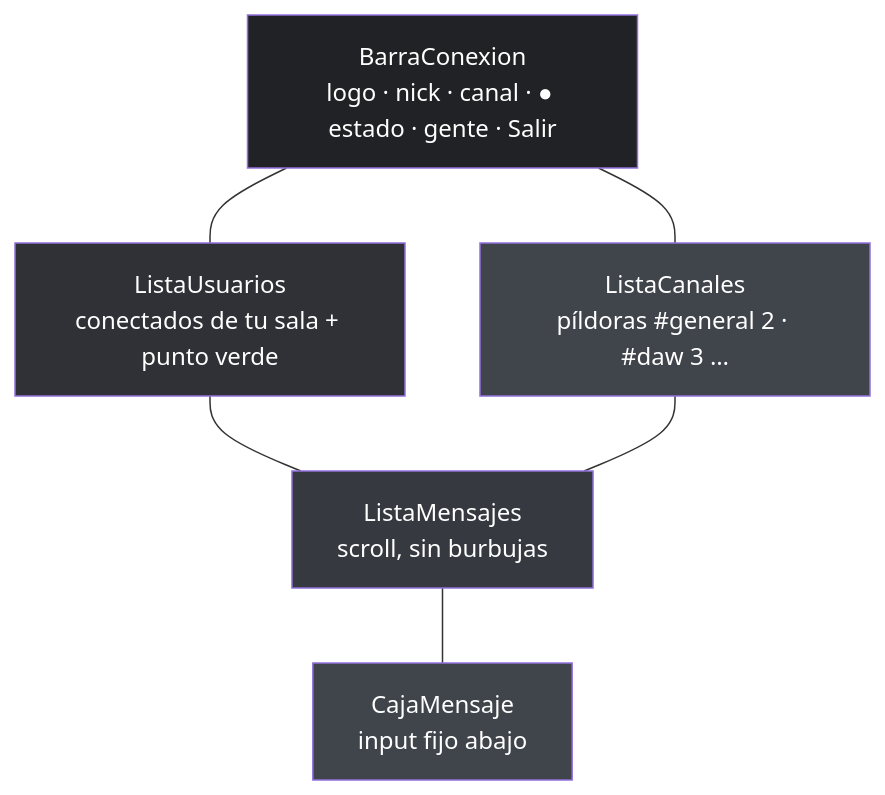
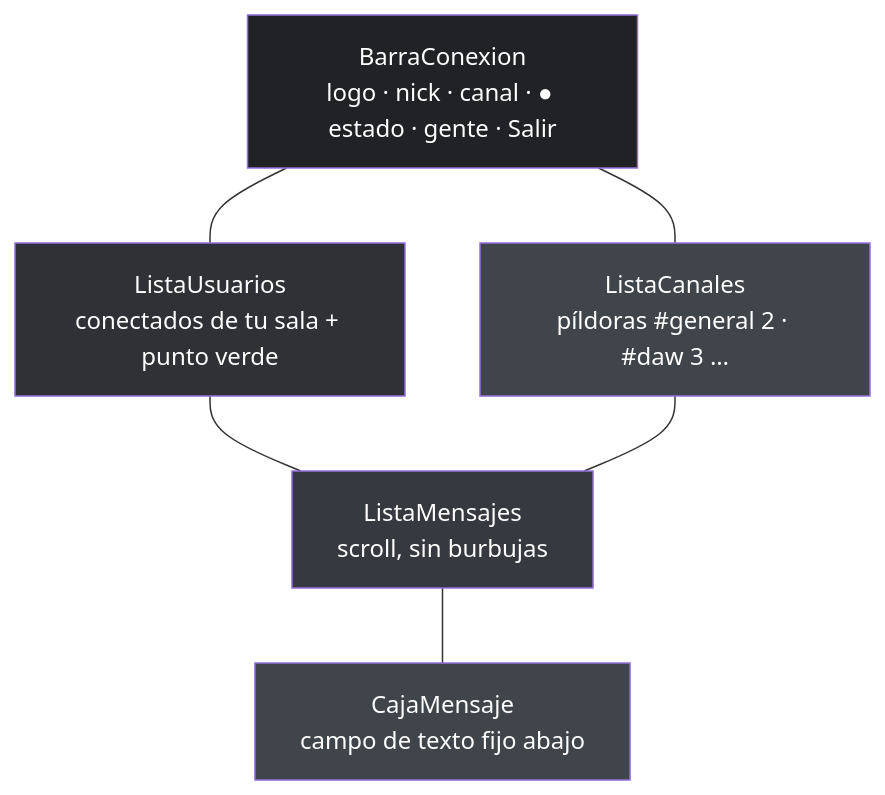
Before and after one commit to joseluisgs/AulaChatNet: the third of 11 diagrams in docs/03-cliente-blazor.md, drawn with Mermaid. The commit also changed other lines of this file and 11 other files, not shown here.

````diff
--- a/docs/03-cliente-blazor.md
+++ b/docs/03-cliente-blazor.md
@@ -138,20 +138,20 @@
 ```mermaid
 flowchart TD
     B["BarraConexion<br/>logo · nick · canal · ● estado · gente · Salir"]
     U["ListaUsuarios<br/>conectados de tu sala + punto verde"]
     P["ListaCanales<br/>píldoras #general 2 · #daw 3 …"]
     M["ListaMensajes<br/>scroll, sin burbujas"]
-    C["CajaMensaje<br/>input fijo abajo"]
+    C["CajaMensaje<br/>campo de texto fijo abajo"]
 
     B --- U
     B --- P
     U --- M
     P --- M
     M --- C
 
     style B fill:#202225,color:#fff
     style U fill:#2f3136,color:#fff
     style P fill:#40444b,color:#fff
     style M fill:#36393f,color:#fff
     style C fill:#40444b,color:#fff
 ```
````
